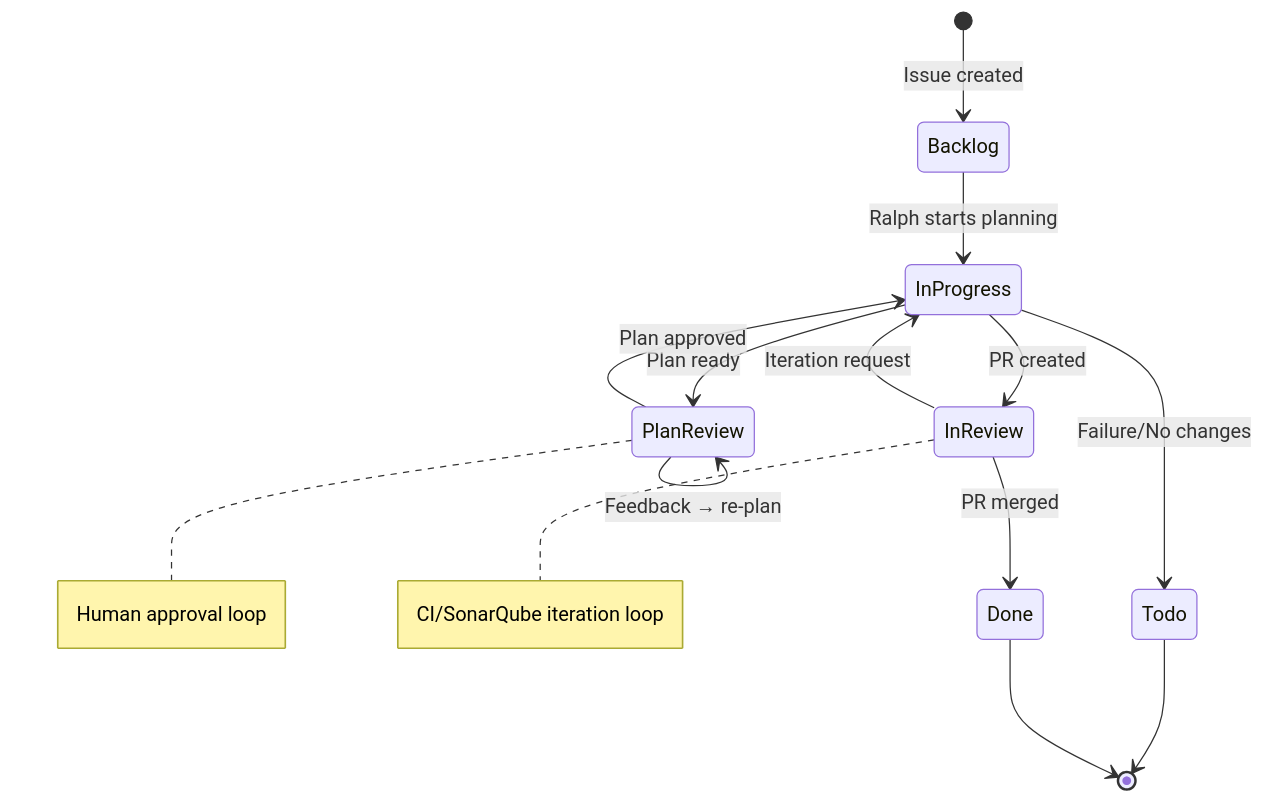
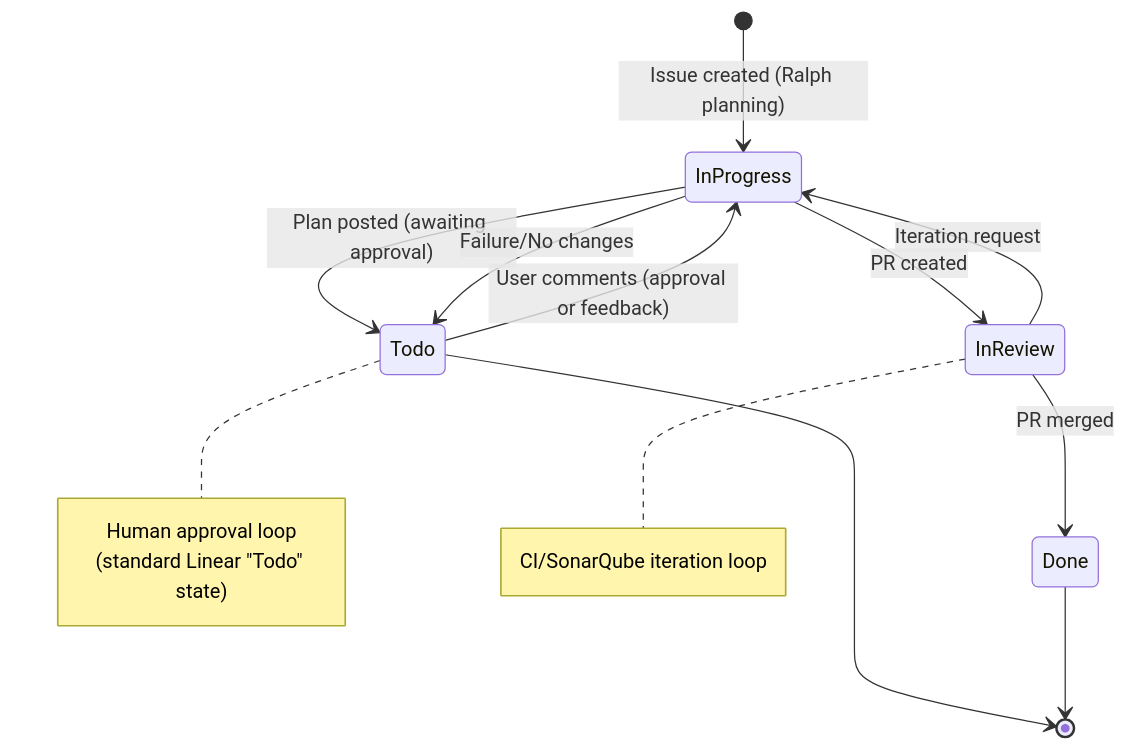
One commit to Replikanti/ralph-platform changed the seventh of 7 diagrams in ARCHITECTURE.md. Above: the diagram before and after it, drawn with Mermaid. The commit also changed other lines of this file and 9 other files, not shown here.

````diff
--- a/ARCHITECTURE.md
+++ b/ARCHITECTURE.md
@@ -781,22 +783,21 @@
 ```mermaid
 stateDiagram-v2
-    [*] --> Backlog: Issue created
-    Backlog --> InProgress: Ralph starts planning
-    InProgress --> PlanReview: Plan ready
-    PlanReview --> InProgress: Plan approved
-    PlanReview --> PlanReview: Feedback → re-plan
+    [*] --> InProgress: Issue created (Ralph planning)
+    InProgress --> Todo: Plan posted (awaiting approval)
+    Todo --> InProgress: User comments (approval or feedback)
     InProgress --> InReview: PR created
     InReview --> InProgress: Iteration request
     InProgress --> Todo: Failure/No changes
     InReview --> Done: PR merged
     Todo --> [*]
     Done --> [*]
 
-    note right of PlanReview
+    note right of Todo
         Human approval loop
+        (standard Linear "Todo" state)
     end note
 
     note right of InReview
         CI/SonarQube iteration loop
     end note
 ```
````
